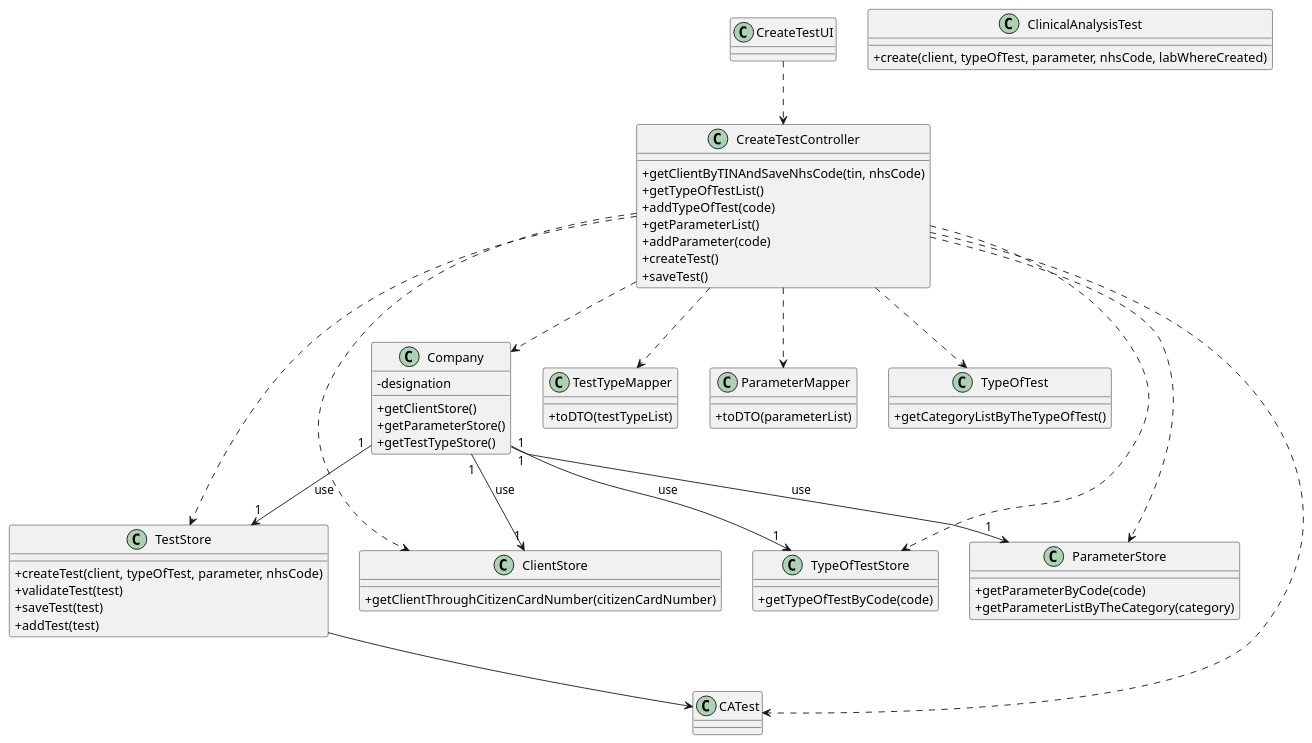
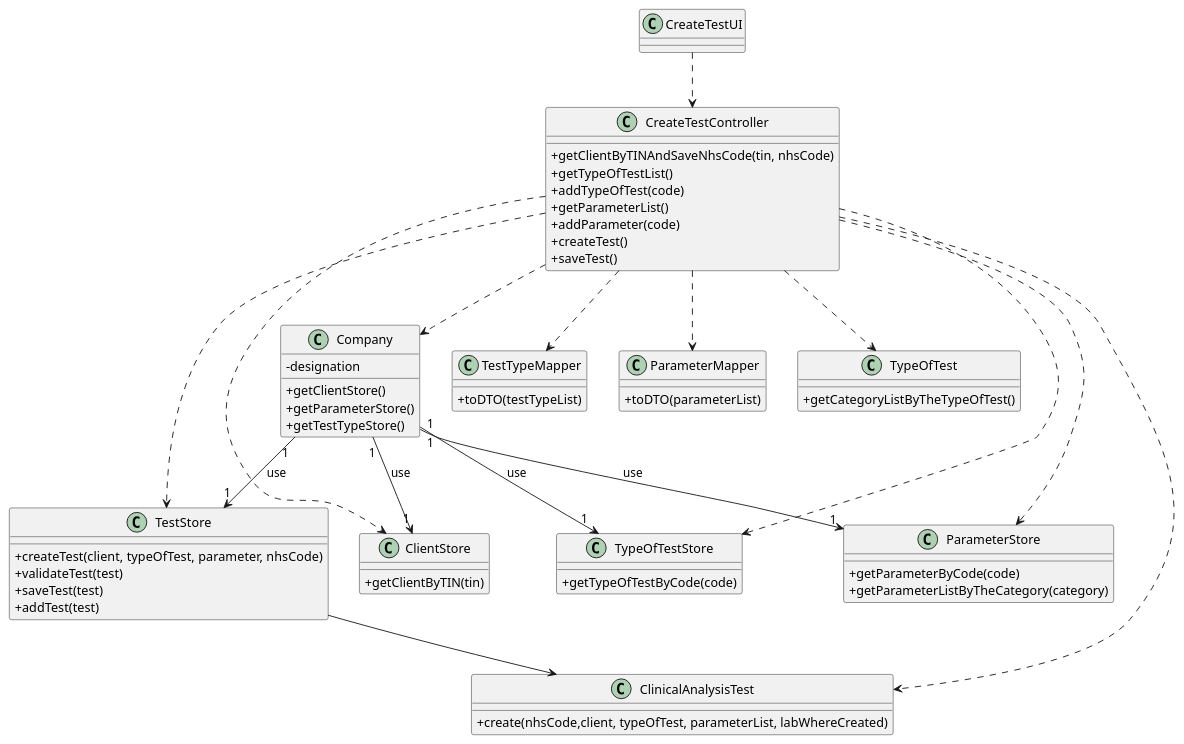
Before and after one commit to GuilhermeCunha79/lapr2: the diagram in docs/SprintD/US4/UC4_CD.puml, drawn with PlantUML. The commit also changed 9 other files, not shown here.

Commit message:
[US4] Update SVG diagrams

```diff
--- a/docs/SprintD/US4/UC4_CD.puml
+++ b/docs/SprintD/US4/UC4_CD.puml
@@ -1,93 +1,93 @@
 @startuml
 skinparam classAttributeIconSize 0
 
 
 class CreateTestUI {
 }
 
 
 class ClientStore {
-+ getClientThroughCitizenCardNumber(citizenCardNumber)
++ getClientByTIN(tin)
 }
 
 
 class Company {
 - designation
 + getClientStore()
 + getParameterStore()
 + getTestTypeStore()
 }
 
 
 
 class CreateTestController {
   + getClientByTINAndSaveNhsCode(tin, nhsCode)
   + getTypeOfTestList()
   + addTypeOfTest(code)
   + getParameterList()
   + addParameter(code)
   + createTest()
   + saveTest()
 
 }
 
 
 class TestStore {
     + createTest(client, typeOfTest, parameter, nhsCode)
     + validateTest(test)
     + saveTest(test)
     + addTest(test)
 }
 
 class TestTypeMapper {
     +toDTO(testTypeList)
 }
 
 class ParameterMapper {
   +toDTO(parameterList)
 }
 
 
 class TypeOfTest {
   + getCategoryListByTheTypeOfTest()
 }
 
 class TypeOfTestStore {
   + getTypeOfTestByCode(code)
 }
 
 
 class ParameterStore {
   + getParameterByCode(code)
   + getParameterListByTheCategory(category)
 }
 
 class ClinicalAnalysisTest {
-  + create(client, typeOfTest, parameter, nhsCode, labWhereCreated)
+  + create(nhsCode,client, typeOfTest, parameterList, labWhereCreated)
 }
 
 
 
 CreateTestUI ..> CreateTestController
 
 CreateTestController ..> Company
 
 Company "1" --> "1" TestStore : use
 Company "1" --> "1" ClientStore : use
 Company "1" --> "1" TypeOfTestStore : use
 Company "1" --> "1" ParameterStore : use
 
-CreateTestController ..> CATest
+CreateTestController ..> ClinicalAnalysisTest
 CreateTestController ..> TestStore
 CreateTestController ..> TypeOfTestStore
 CreateTestController ..> ClientStore
 CreateTestController ..> ParameterStore
 CreateTestController ..> ParameterMapper
 CreateTestController ..> TypeOfTest
 CreateTestController ..> TestTypeMapper
 
-TestStore --> CATest
+TestStore --> ClinicalAnalysisTest
 
 
 
 @enduml
```
